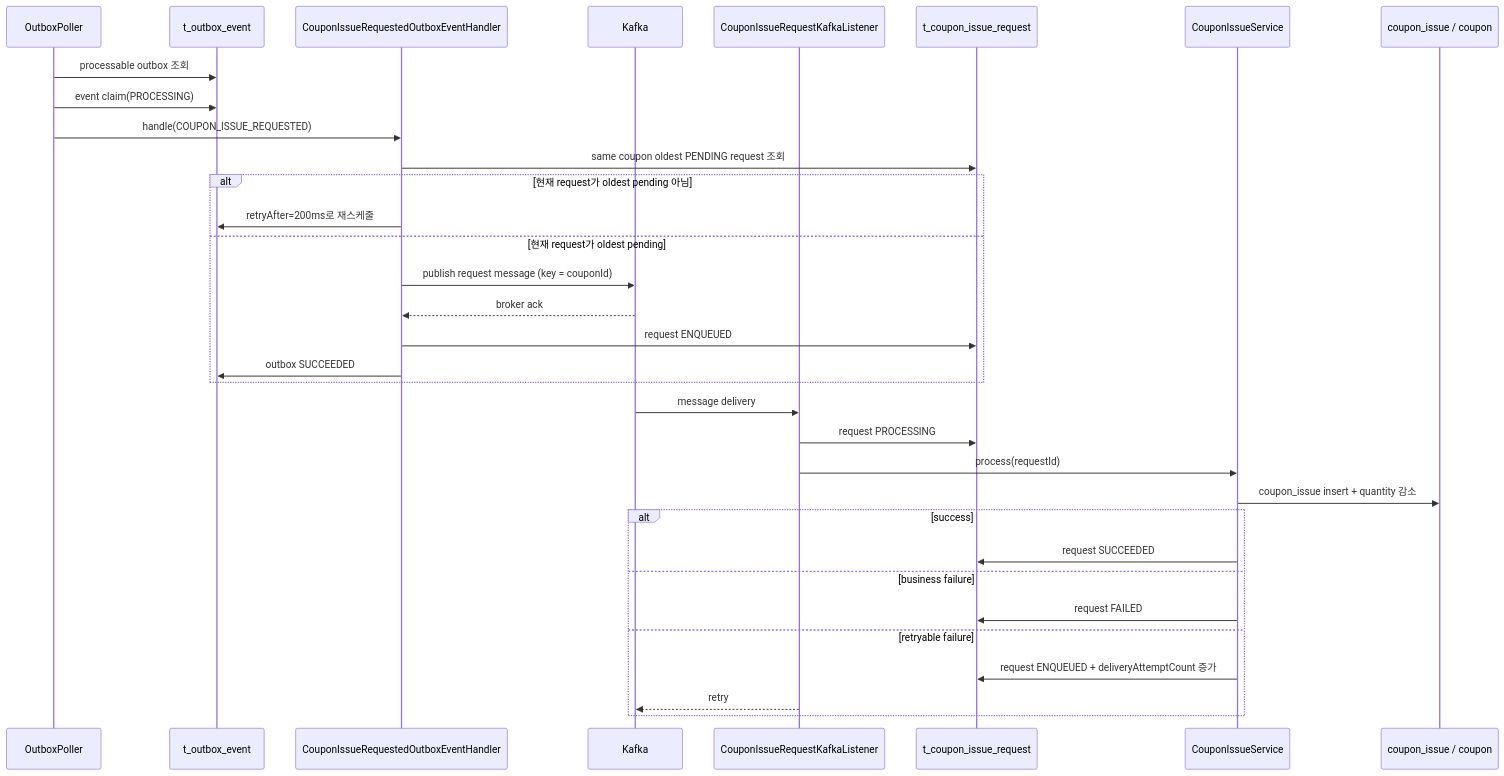
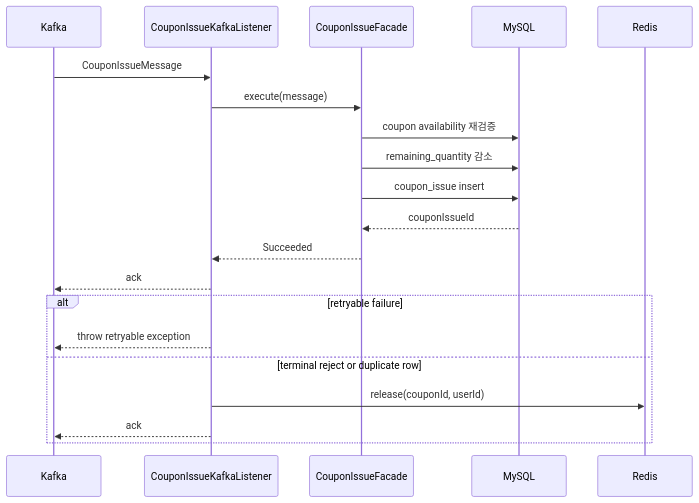
The third of 4 diagrams in coupon/coupon-worker/docs/coupon-kafka-runtime-guide.md (char-labs/coupon-system-design-kt), drawn with Mermaid before and after one commit. The commit also changed other lines of this file and 12 other files, not shown here.

Commit message:
[Docs] Refresh Kafka and load-test guides for the current issue flow

````diff
--- a/coupon/coupon-worker/docs/coupon-kafka-runtime-guide.md
+++ b/coupon/coupon-worker/docs/coupon-kafka-runtime-guide.md
@@ -266,37 +160,24 @@
 ```mermaid
 sequenceDiagram
-    participant Poller as OutboxPoller
-    participant OutboxDB as t_outbox_event
-    participant Handler as CouponIssueRequestedOutboxEventHandler
-    participant Kafka as Kafka
-    participant Listener as CouponIssueRequestKafkaListener
-    participant RequestDB as t_coupon_issue_request
-    participant Issue as CouponIssueService
-    participant CouponDB as coupon_issue / coupon
+    participant Kafka
+    participant Worker as CouponIssueKafkaListener
+    participant Facade as CouponIssueFacade
+    participant DB as MySQL
+    participant Redis
 
-    Poller->>OutboxDB: processable outbox 조회
-    Poller->>OutboxDB: event claim(PROCESSING)
-    Poller->>Handler: handle(COUPON_ISSUE_REQUESTED)
-    Handler->>RequestDB: same coupon oldest PENDING request 조회
-    alt 현재 request가 oldest pending 아님
-        Handler->>OutboxDB: retryAfter=200ms로 재스케줄
-    else 현재 request가 oldest pending
-        Handler->>Kafka: publish request message (key = couponId)
-        Kafka-->>Handler: broker ack
-        Handler->>RequestDB: request ENQUEUED
-        Handler->>OutboxDB: outbox SUCCEEDED
-    end
+    Kafka->>Worker: CouponIssueMessage
+    Worker->>Facade: execute(message)
+    Facade->>DB: coupon availability 재검증
+    Facade->>DB: remaining_quantity 감소
+    Facade->>DB: coupon_issue insert
+    DB-->>Facade: couponIssueId
+    Facade-->>Worker: Succeeded
+    Worker-->>Kafka: ack
 
-    Kafka->>Listener: message delivery
-    Listener->>RequestDB: request PROCESSING
-    Listener->>Issue: process(requestId)
-    Issue->>CouponDB: coupon_issue insert + quantity 감소
-    alt success
-        Issue->>RequestDB: request SUCCEEDED
-    else business failure
-        Issue->>RequestDB: request FAILED
-    else retryable failure
-        Issue->>RequestDB: request ENQUEUED + deliveryAttemptCount 증가
-        Listener-->>Kafka: retry
+    alt retryable failure
+        Worker-->>Kafka: throw retryable exception
+    else terminal reject or duplicate row
+        Worker->>Redis: release(couponId, userId)
+        Worker-->>Kafka: ack
     end
 ```
````
